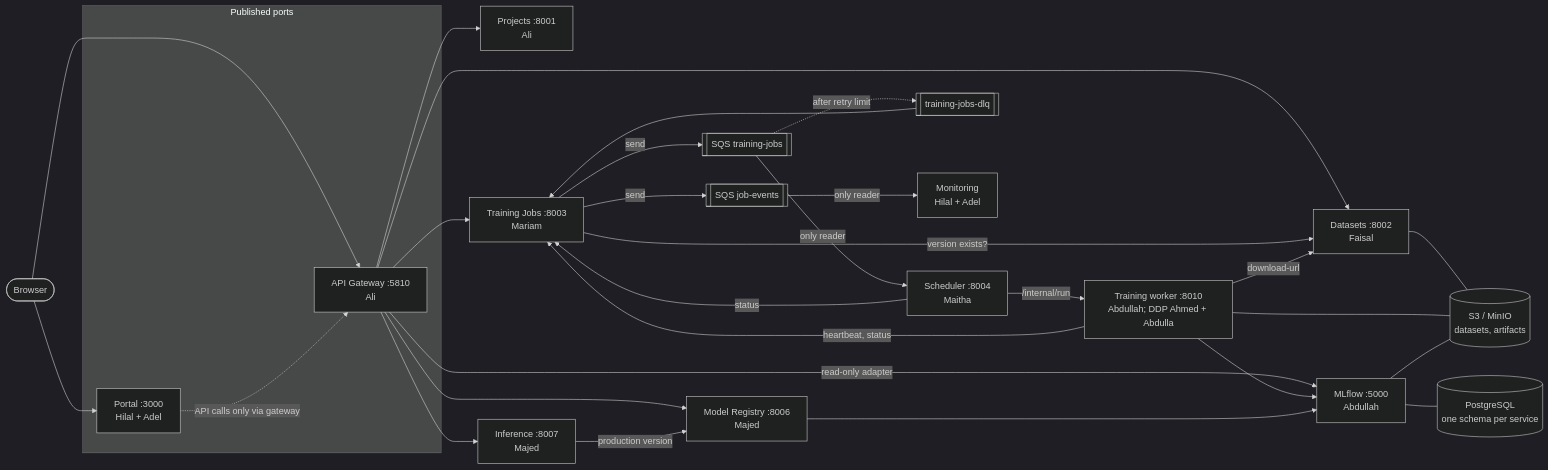
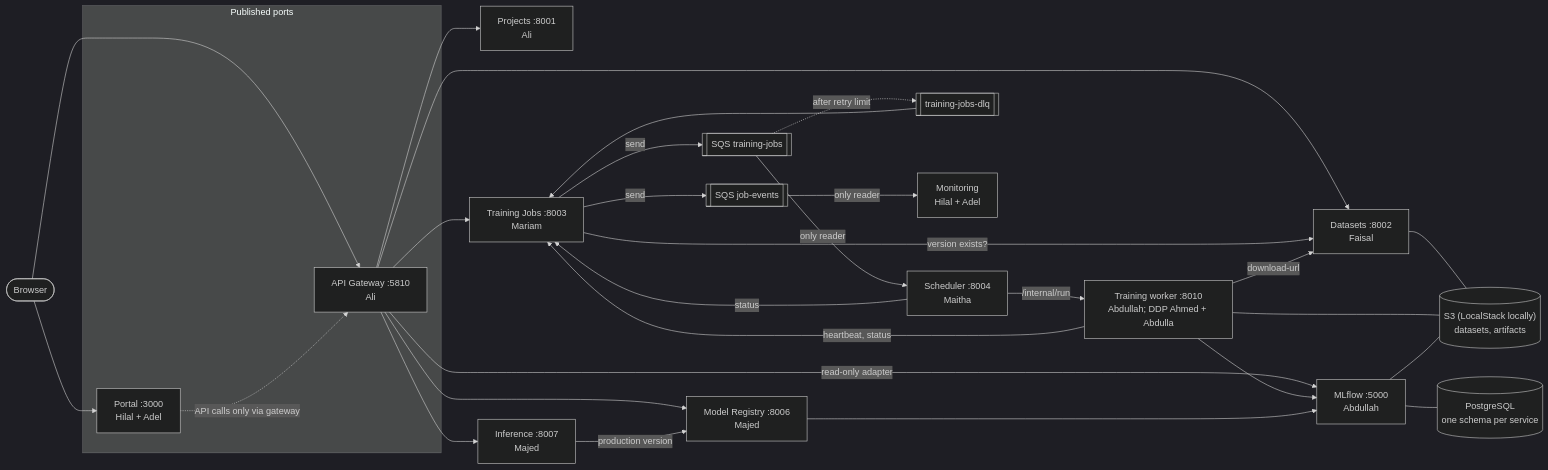
One commit to ali-ahmed-alshehhi/cloudtrain changed the first of 2 diagrams in docs/ARCHITECTURE.md. Above: the diagram before and after it, drawn with Mermaid (dark theme). The commit also changed other lines of this file and 36 other files, not shown here.

````diff
--- a/docs/ARCHITECTURE.md
+++ b/docs/ARCHITECTURE.md
@@ -21,40 +21,40 @@
 ```mermaid
 flowchart LR
   browser([Browser])
   subgraph published["Published ports"]
     portal["Portal :3000<br/>Hilal + Adel"]
     gw["API Gateway :5810<br/>Ali"]
   end
   browser --> portal
   browser --> gw
   portal -.->|"API calls only via gateway"| gw
 
   gw --> proj["Projects :8001<br/>Ali"]
   gw --> ds["Datasets :8002<br/>Faisal"]
   gw --> jobs["Training Jobs :8003<br/>Mariam"]
   gw -->|"read-only adapter"| mlflow["MLflow :5000<br/>Abdullah"]
   gw --> reg["Model Registry :8006<br/>Majed"]
   gw --> inf["Inference :8007<br/>Majed"]
 
   jobs -->|"version exists?"| ds
   jobs -->|"send"| q1[["SQS training-jobs"]]
   q1 -->|"only reader"| sched["Scheduler :8004<br/>Maitha"]
   q1 -.->|"after retry limit"| dlq[["training-jobs-dlq"]]
   dlq --> jobs
   sched -->|"/internal/run"| worker["Training worker :8010<br/>Abdullah; DDP Ahmed + Abdulla"]
   sched -->|"status"| jobs
   worker -->|"heartbeat, status"| jobs
   worker -->|"download-url"| ds
   worker --> mlflow
   reg --> mlflow
   inf -->|"production version"| reg
   jobs -->|"send"| q2[["SQS job-events"]]
   q2 -->|"only reader"| mon["Monitoring<br/>Hilal + Adel"]
 
   pg[("PostgreSQL<br/>one schema per service")]
-  s3[("S3 / MinIO<br/>datasets, artifacts")]
+  s3[("S3 (LocalStack locally)<br/>datasets, artifacts")]
   ds --- s3
   worker --- s3
   mlflow --- pg
   mlflow --- s3
 ```
````
